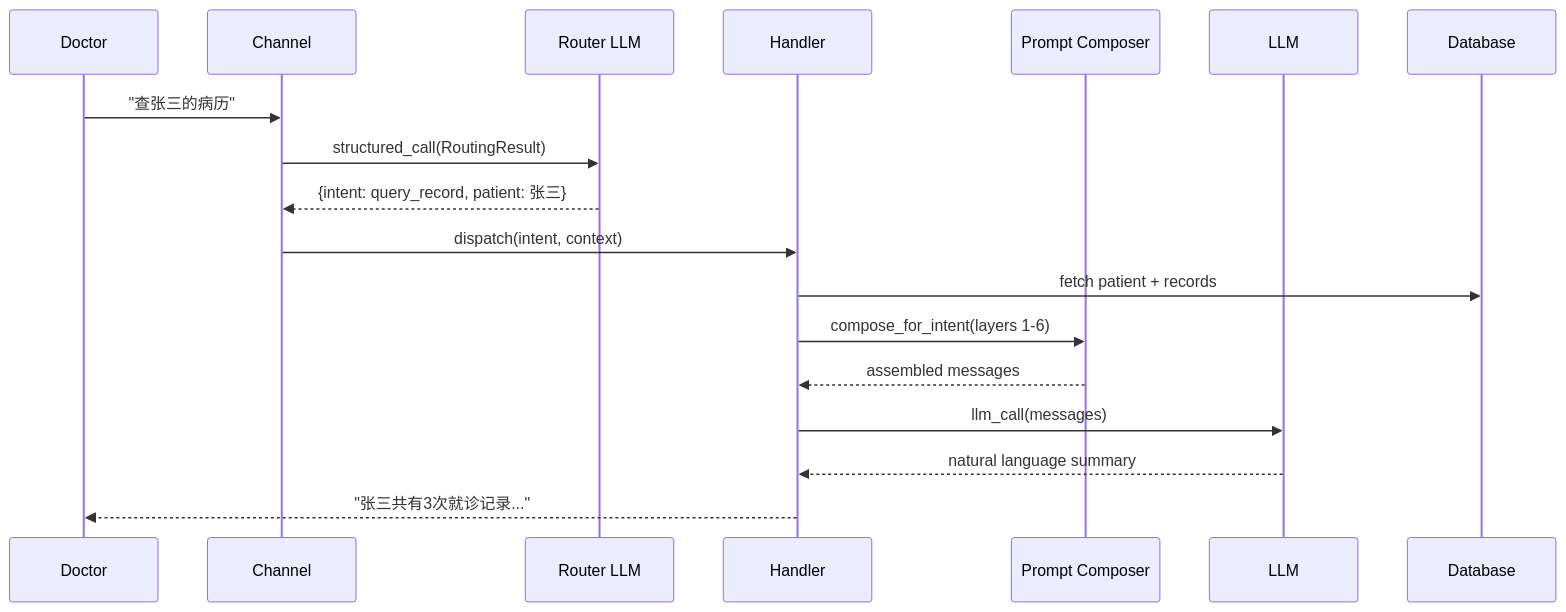
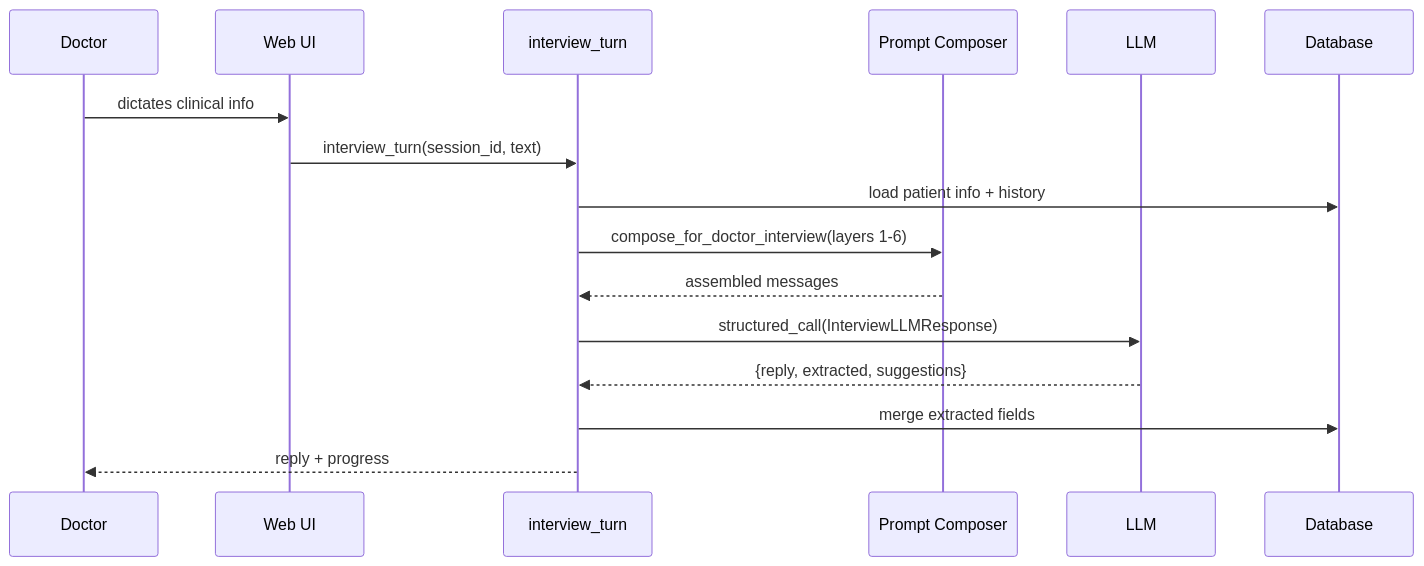
The second of 11 diagrams in docs/architecture.md (moments8890/doctor-ai-agent), drawn with Mermaid before and after one commit. The commit also changed other lines of this file and 54 other files, not shown here.

````diff
--- a/docs/architecture.md
+++ b/docs/architecture.md
@@ -155,21 +153,19 @@
 ```mermaid
 sequenceDiagram
     participant D as Doctor
-    participant C as Channel
-    participant R as Router LLM
-    participant H as Handler
+    participant UI as Web UI
+    participant IT as interview_turn
     participant P as Prompt Composer
     participant L as LLM
     participant DB as Database
 
-    D->>C: "查张三的病历"
-    C->>R: structured_call(RoutingResult)
-    R-->>C: {intent: query_record, patient: 张三}
-    C->>H: dispatch(intent, context)
-    H->>DB: fetch patient + records
-    H->>P: compose_for_intent(layers 1-6)
-    P-->>H: assembled messages
-    H->>L: llm_call(messages)
-    L-->>H: natural language summary
-    H-->>D: "张三共有3次就诊记录..."
+    D->>UI: dictates clinical info
+    UI->>IT: interview_turn(session_id, text)
+    IT->>DB: load patient info + history
+    IT->>P: compose_for_doctor_interview(layers 1-6)
+    P-->>IT: assembled messages
+    IT->>L: structured_call(InterviewLLMResponse)
+    L-->>IT: {reply, extracted, suggestions}
+    IT->>DB: merge extracted fields
+    IT-->>D: reply + progress
 ```
````
